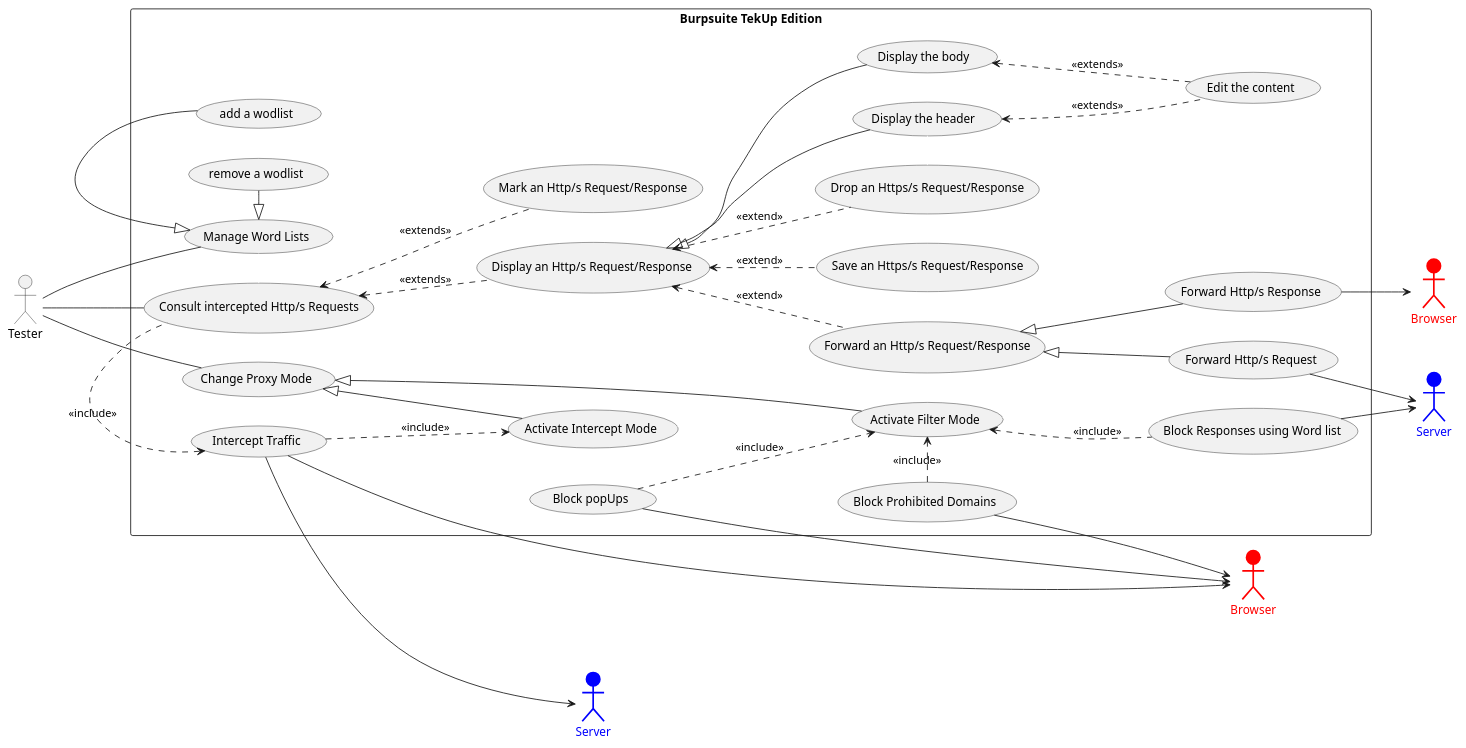
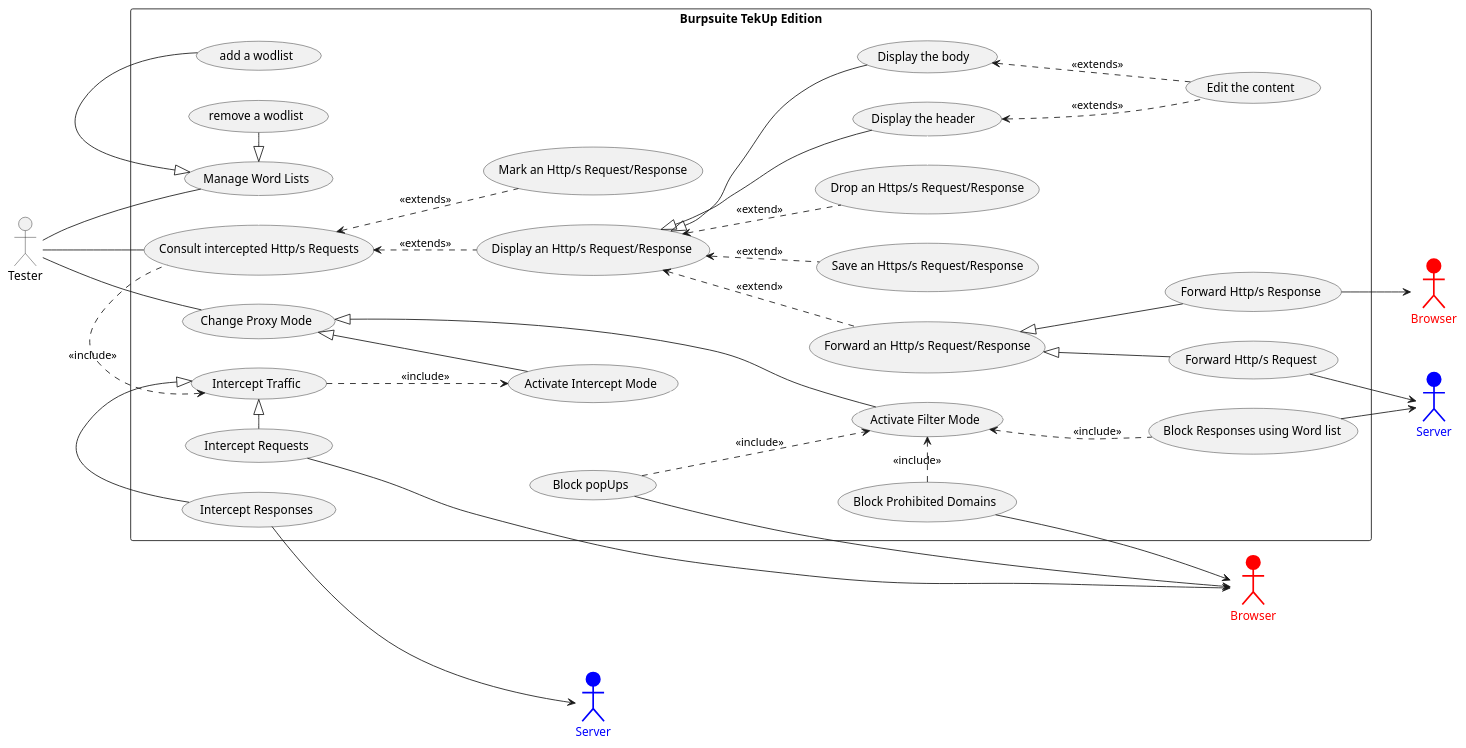
Before and after one commit to Hsouna-M/BurpSuiteFromScratch: the diagram in Modelling/usecase3.plantuml, drawn with PlantUML.

Commit message:
usecase version3: separated intercept response and requests

```diff
--- a/Modelling/usecase3.plantuml
+++ b/Modelling/usecase3.plantuml
@@ -1,74 +1,78 @@
 @startuml
 left to right direction 
 
 actor "Tester" as pentester
 actor "Browser" as browser #red;line:red;line.bold;text:red
 actor "Browser" as samebrowser  #red;line:red;line.bold;text:red
 actor "Server" as server #Blue;line:Blue;line.bold;text:Blue
 actor "Server" as sameserver #Blue;line:Blue;line.bold;text:Blue
 
 rectangle "Burpsuite TekUp Edition"{
     usecase "Consult intercepted Http/s Requests" as consult
     usecase "Intercept Traffic" as intercept
+        usecase "Intercept Requests" as requestsintercept
+        usecase "Intercept Responses" as responseintercept 
+            requestsintercept -right-|> intercept
+            responseintercept -right-|> intercept 
         intercept <.right. consult : <<include>>
-        intercept --> samebrowser 
-        intercept --> sameserver 
+        requestsintercept --> samebrowser 
+        responseintercept --> sameserver 
     usecase "Change Proxy Mode" as mode 
         usecase "Activate Intercept Mode" as interceptmode
             mode <|-- interceptmode
         intercept ..> interceptmode : <<include>> 
         usecase "Activate Filter Mode" as filtermode
             mode <|-- filtermode 
             usecase "Block popUps" as popupblock
                 popupblock ..> filtermode : <<include>>
                 popupblock --> samebrowser 
             usecase "Block Prohibited Domains" as domainblock 
                 domainblock .right.> filtermode : <<include>>
                 domainblock --> samebrowser 
             usecase "Block Responses using Word list" as responsewordblock 
                 filtermode <.. responsewordblock : <<include>> 
                 responsewordblock --> server
     usecase "Display an Http/s Request/Response " as display
         usecase "Display the header "   as headerdisplay 
         usecase "Display the body "     as bodydisplay
             display <|-- headerdisplay
             display <|-- bodydisplay 
     usecase "Mark an Http/s Request/Response" as mark
         consult <.. mark : <<extends>>
         consult <.. display : <<extends>>
     usecase "Edit the content" as edit
         headerdisplay <.. edit : <<extends>>
         bodydisplay <.. edit : <<extends>>
     usecase "Drop an Https/s Request/Response"  as  drop
     usecase "Save an Https/s Request/Response"  as  save
     usecase "Forward an Http/s Request/Response"  as  send 
         usecase "Forward Http/s Request" as requestforward 
         usecase "Forward Http/s Response" as responseforward 
             send <|-- requestforward
             send <|-- responseforward 
     display <.. send : <<extend>>
     display <.. drop: <<extend>>
     display <.. save: <<extend>>
 
     usecase "Manage Word Lists" as wordlistmanage
         usecase "add a wodlist" as addwordlist 
         usecase "remove a wodlist" as removewordlist 
         wordlistmanage <|- addwordlist
         wordlistmanage <|- removewordlist 
 }
 
 pentester -- consult 
 requestforward --> server
 responseforward -->  browser
 pentester -- mode 
 pentester -up- wordlistmanage
 
 ' fixing affichage 
 filtermode .up. interceptmode #White
 filtermode -- responsewordblock #White
 drop -right- headerdisplay #White
 wordlistmanage -left- consult #white
 
 
 
 @enduml
```
